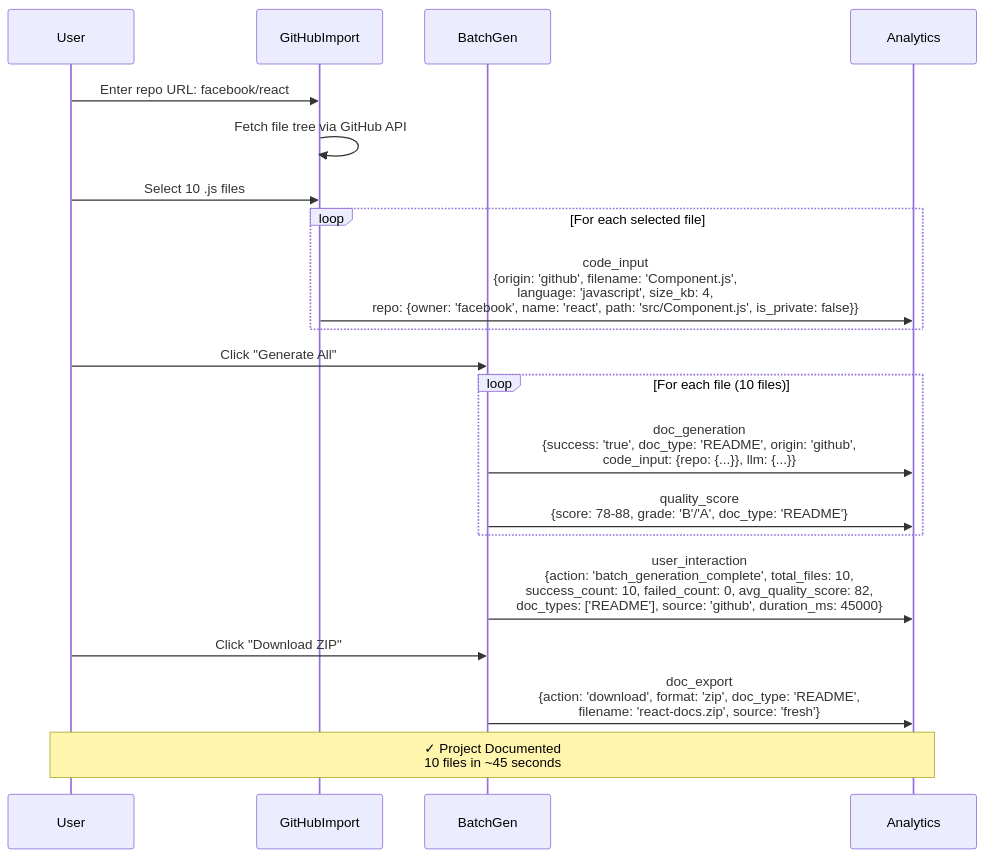
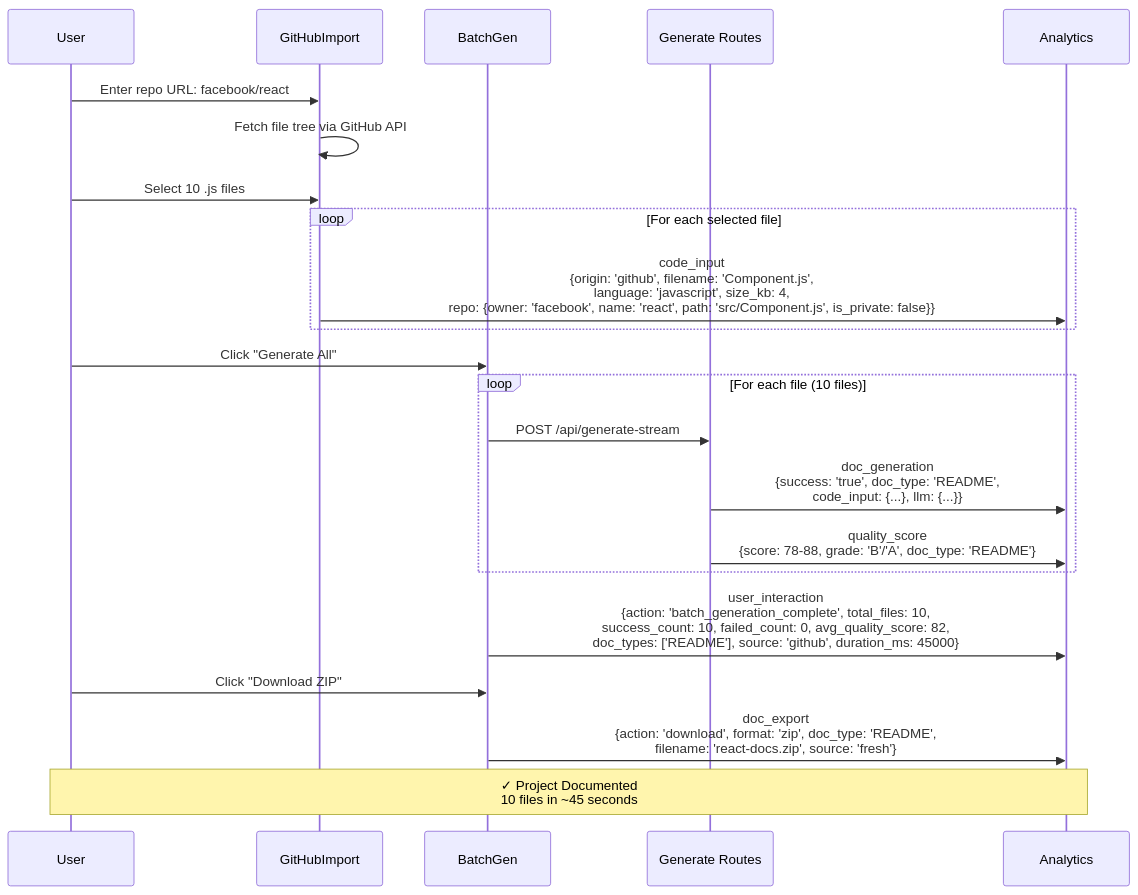
One commit to jmcoleman/codescribe-ai changed the third of 6 diagrams in docs/planning/WORKFLOW-EVENTING-FLOW.md. Above: the diagram before and after it, drawn with Mermaid. The commit also changed other lines of this file and 32 other files, not shown here.

````diff
--- a/docs/planning/WORKFLOW-EVENTING-FLOW.md
+++ b/docs/planning/WORKFLOW-EVENTING-FLOW.md
@@ -181,31 +191,32 @@
 ```mermaid
 sequenceDiagram
     participant User
     participant GitHubImport
     participant BatchGen
+    participant API as Generate Routes
     participant Analytics
 
     User->>GitHubImport: Enter repo URL: facebook/react
     GitHubImport->>GitHubImport: Fetch file tree via GitHub API
 
     User->>GitHubImport: Select 10 .js files
 
     loop For each selected file
         GitHubImport->>Analytics: code_input<br/>{origin: 'github', filename: 'Component.js',<br/>language: 'javascript', size_kb: 4,<br/>repo: {owner: 'facebook', name: 'react', path: 'src/Component.js', is_private: false}}
     end
 
     User->>BatchGen: Click "Generate All"
 
     loop For each file (10 files)
-        BatchGen->>Analytics: doc_generation<br/>{success: 'true', doc_type: 'README', origin: 'github',<br/>code_input: {repo: {...}}, llm: {...}}
-
-        BatchGen->>Analytics: quality_score<br/>{score: 78-88, grade: 'B'/'A', doc_type: 'README'}
+        BatchGen->>API: POST /api/generate-stream
+        API->>Analytics: doc_generation<br/>{success: 'true', doc_type: 'README',<br/>code_input: {...}, llm: {...}}
+        API->>Analytics: quality_score<br/>{score: 78-88, grade: 'B'/'A', doc_type: 'README'}
     end
 
     BatchGen->>Analytics: user_interaction<br/>{action: 'batch_generation_complete', total_files: 10,<br/>success_count: 10, failed_count: 0, avg_quality_score: 82,<br/>doc_types: ['README'], source: 'github', duration_ms: 45000}
 
     User->>BatchGen: Click "Download ZIP"
     BatchGen->>Analytics: doc_export<br/>{action: 'download', format: 'zip', doc_type: 'README',<br/>filename: 'react-docs.zip', source: 'fresh'}
 
     Note over User,Analytics: ✓ Project Documented<br/>10 files in ~45 seconds
 ```
````
